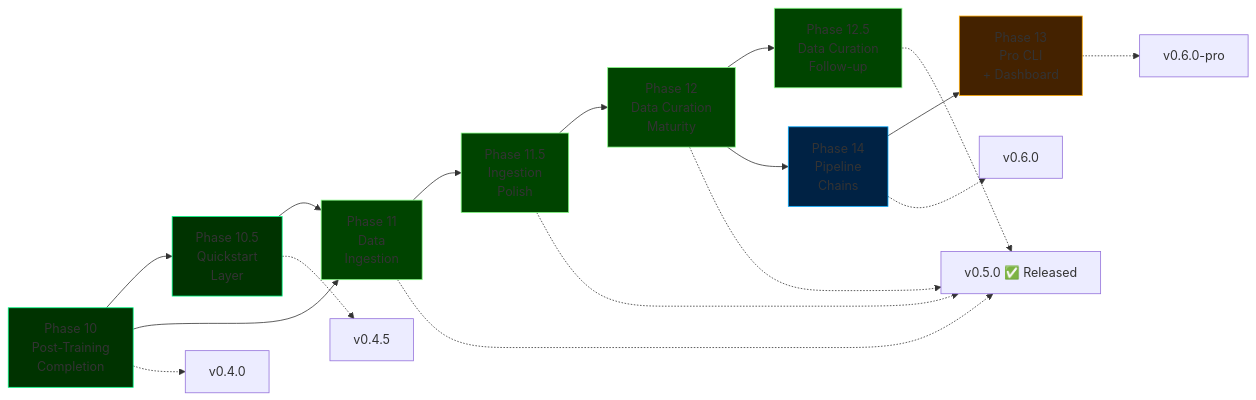
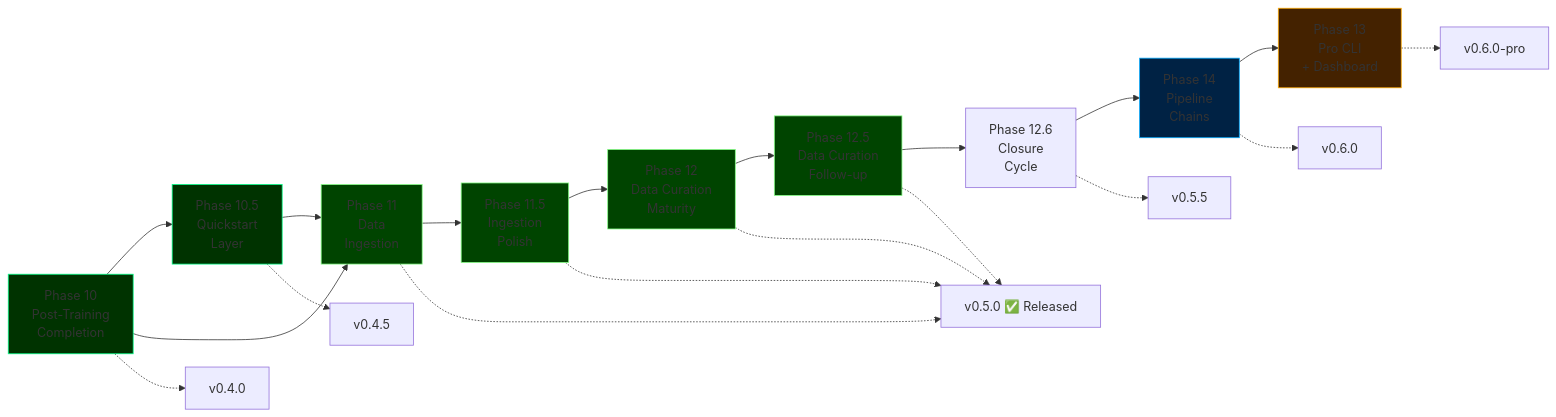
One commit to cemililik/ForgeLM changed the diagram in docs/roadmap.md. Above: the diagram before and after it, drawn with Mermaid. The commit also changed 39 other files, not shown here.

````diff
--- a/docs/roadmap.md
+++ b/docs/roadmap.md
@@ -39,29 +39,31 @@
 ```mermaid
 graph LR
     P10[Phase 10<br/>Post-Training<br/>Completion] --> P105[Phase 10.5<br/>Quickstart<br/>Layer]
     P10 --> P11[Phase 11<br/>Data<br/>Ingestion]
     P105 --> P11
     P11 --> P115[Phase 11.5<br/>Ingestion<br/>Polish]
     P115 --> P12[Phase 12<br/>Data Curation<br/>Maturity]
     P12 --> P125[Phase 12.5<br/>Data Curation<br/>Follow-up]
-    P12 --> P14[Phase 14<br/>Pipeline<br/>Chains]
+    P125 --> P126[Phase 12.6<br/>Closure<br/>Cycle]
+    P126 --> P14[Phase 14<br/>Pipeline<br/>Chains]
     P14 --> P13[Phase 13<br/>Pro CLI<br/>+ Dashboard]
 
     P10 -.-> V1[v0.4.0]
     P105 -.-> V15[v0.4.5]
     P11 -.-> V2[v0.5.0 ✅ Released]
     P115 -.-> V2
     P12 -.-> V2
     P125 -.-> V2
+    P126 -.-> V25[v0.5.5]
     P14 -.-> V23[v0.6.0]
     P13 -.-> V3[v0.6.0-pro]
 
     style P10 fill:#003300,stroke:#00ff88
     style P105 fill:#003300,stroke:#00ff88
     style P11 fill:#004400,stroke:#88ff88
     style P115 fill:#004400,stroke:#88ff88
     style P12 fill:#004400,stroke:#88ff88
     style P125 fill:#004400,stroke:#88ff88
     style P14 fill:#002244,stroke:#00aaff
     style P13 fill:#442200,stroke:#ffaa00
 ```
````
